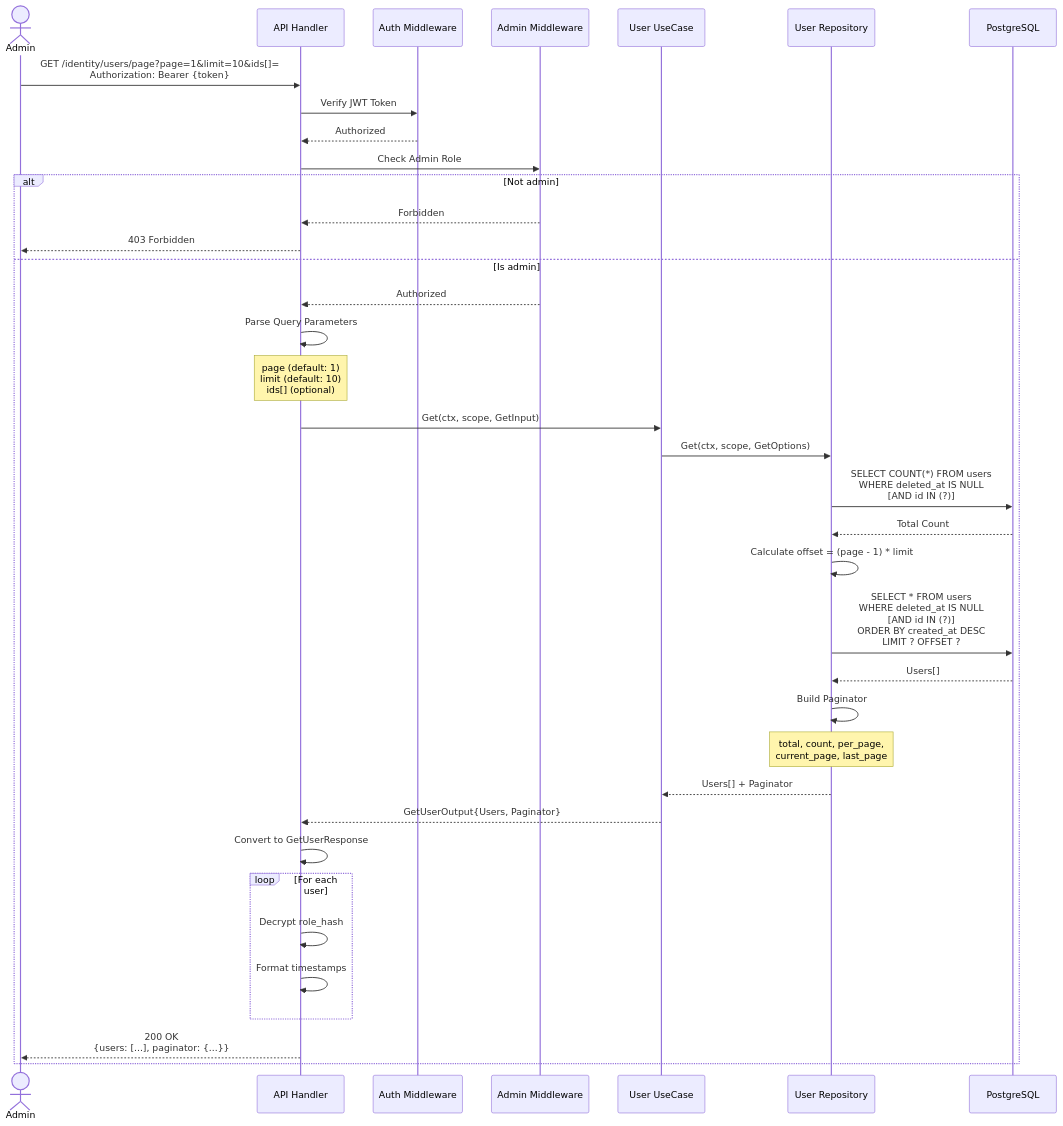
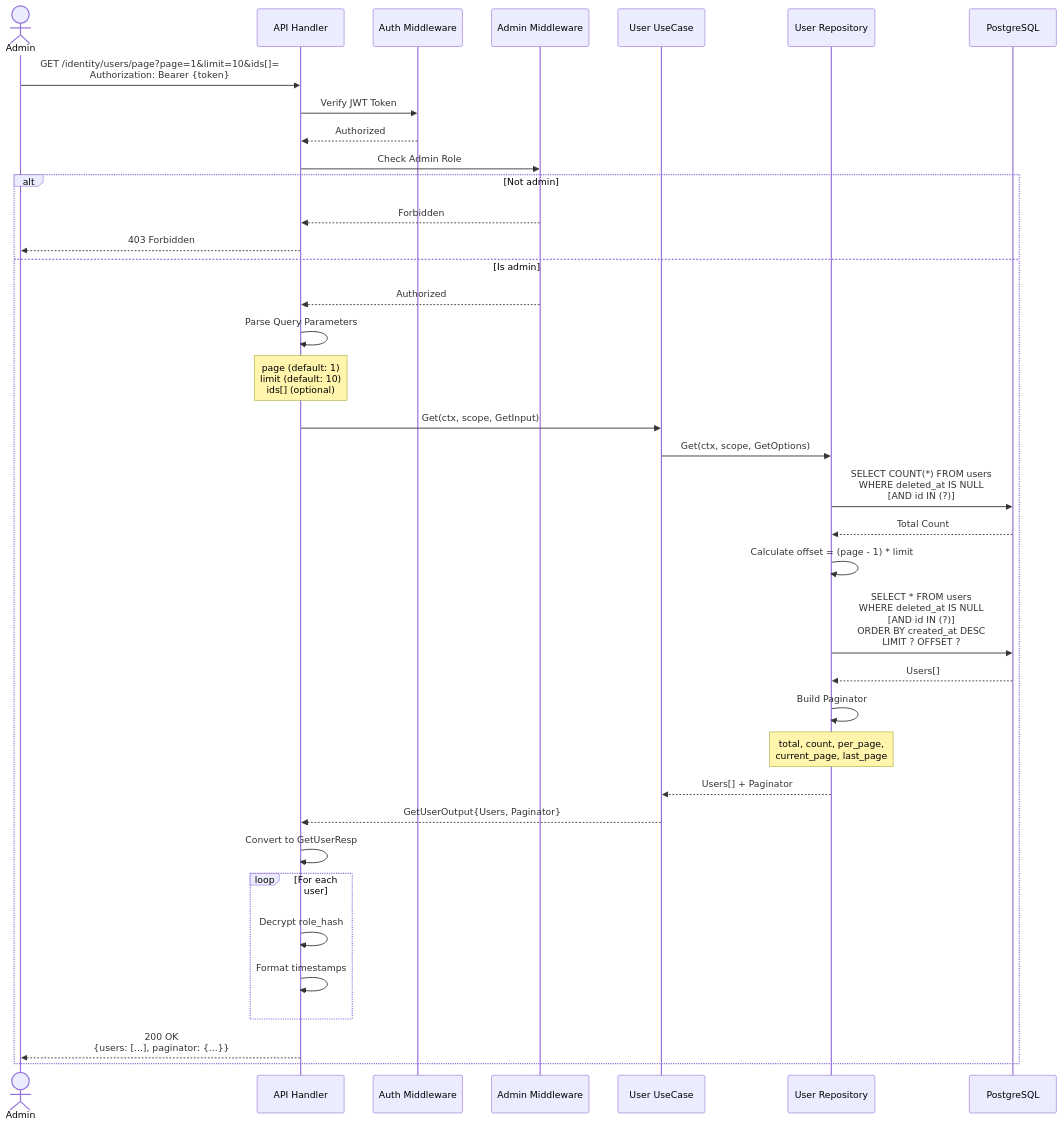
One commit to smap-hcmut/identity-srv changed diagram 18 of 18 in identity/document/api.md. Above: the diagram before and after it, drawn with Mermaid. The commit also changed other lines of this file and 2 other files, not shown here.

Commit message:
refactor: Standardize API request and response type naming to *Req and *Resp.

````diff
--- a/identity/document/api.md
+++ b/identity/document/api.md
@@ -1037,54 +1037,54 @@
 ```mermaid
 sequenceDiagram
     actor Admin
     participant API as API Handler
     participant AuthMW as Auth Middleware
     participant AdminMW as Admin Middleware
     participant UserUC as User UseCase
     participant UserRepo as User Repository
     participant DB as PostgreSQL
 
     Admin->>API: GET /identity/users/page?page=1&limit=10&ids[]=<br/>Authorization: Bearer {token}
     
     API->>AuthMW: Verify JWT Token
     AuthMW-->>API: Authorized
     
     API->>AdminMW: Check Admin Role
     
     alt Not admin
         AdminMW-->>API: Forbidden
         API-->>Admin: 403 Forbidden
     else Is admin
         AdminMW-->>API: Authorized
         
         API->>API: Parse Query Parameters
         Note over API: page (default: 1)<br/>limit (default: 10)<br/>ids[] (optional)
         
         API->>UserUC: Get(ctx, scope, GetInput)
         
         UserUC->>UserRepo: Get(ctx, scope, GetOptions)
         
         UserRepo->>DB: SELECT COUNT(*) FROM users<br/>WHERE deleted_at IS NULL<br/>[AND id IN (?)]
         DB-->>UserRepo: Total Count
         
         UserRepo->>UserRepo: Calculate offset = (page - 1) * limit
         
         UserRepo->>DB: SELECT * FROM users<br/>WHERE deleted_at IS NULL<br/>[AND id IN (?)]<br/>ORDER BY created_at DESC<br/>LIMIT ? OFFSET ?
         DB-->>UserRepo: Users[]
         
         UserRepo->>UserRepo: Build Paginator
         Note over UserRepo: total, count, per_page,<br/>current_page, last_page
         
         UserRepo-->>UserUC: Users[] + Paginator
         
         UserUC-->>API: GetUserOutput{Users, Paginator}
         
-        API->>API: Convert to GetUserResponse
+        API->>API: Convert to GetUserResp
         loop For each user
             API->>API: Decrypt role_hash
             API->>API: Format timestamps
         end
         
         API-->>Admin: 200 OK<br/>{users: [...], paginator: {...}}
     end
 ```
````
